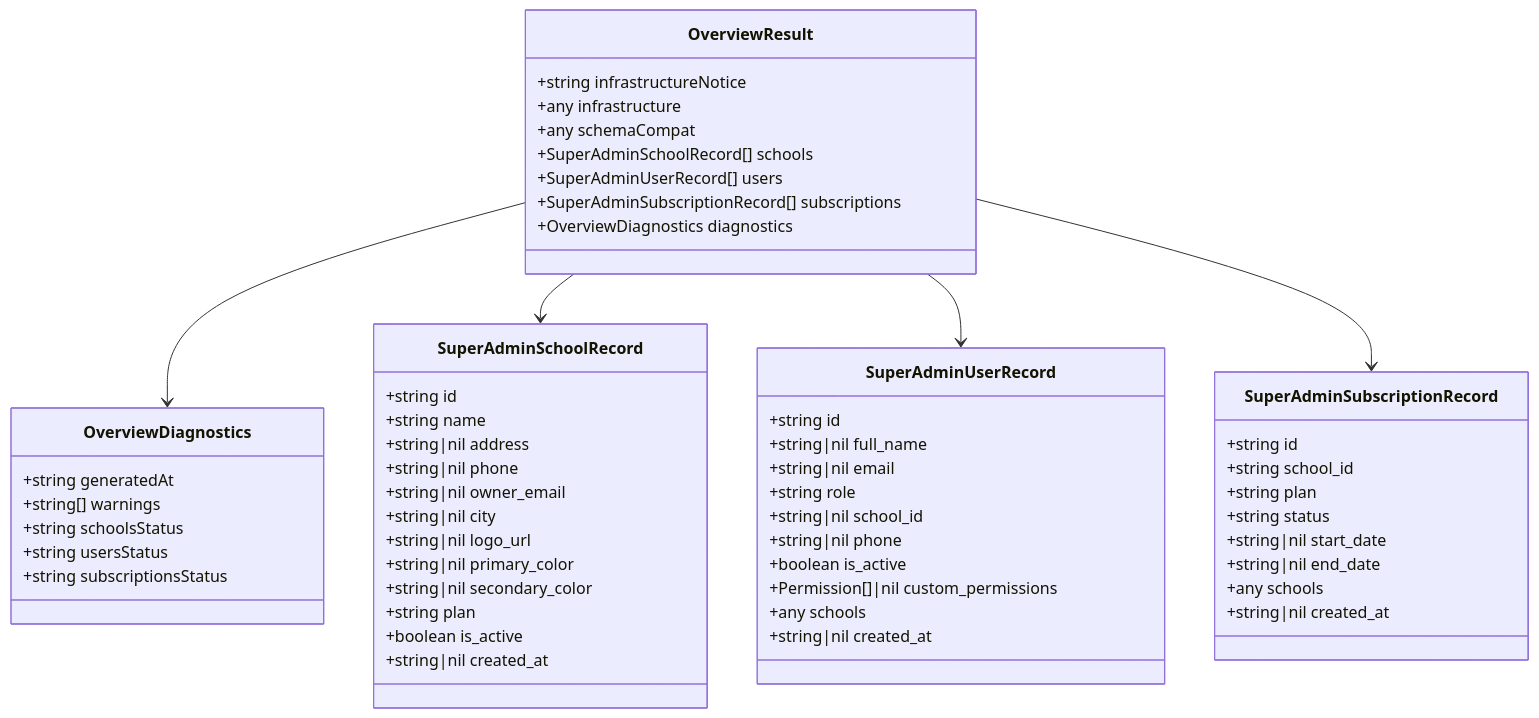
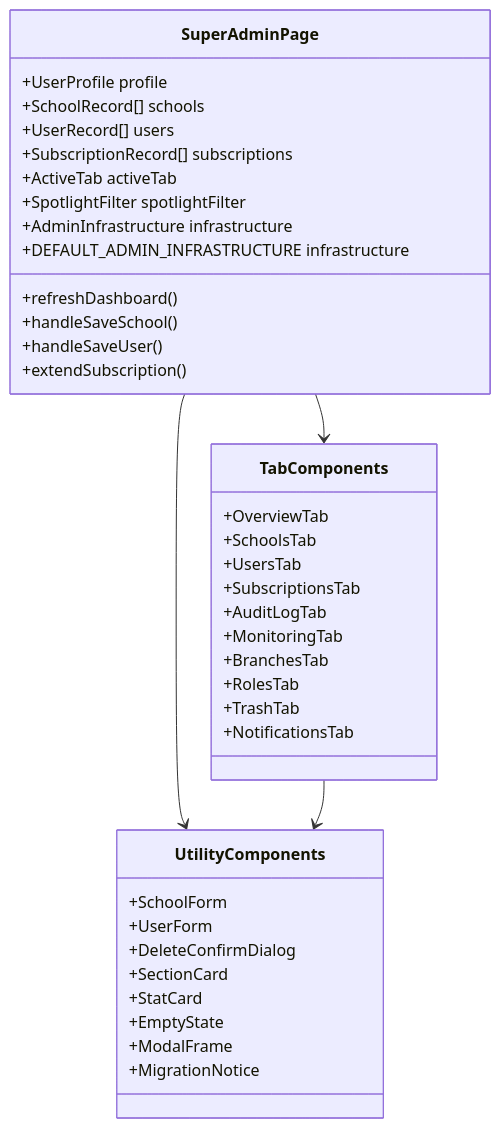
Before and after one commit to mustafaalkusaj/appschoolmustafa2002: the third of 5 diagrams in .qoder/repowiki/en/content/Multi-Tenant Management/Super Admin Functionality.md, drawn with Mermaid. The commit also changed other lines of this file and 85 other files, not shown here.

````diff
--- a/.qoder/repowiki/en/content/Multi-Tenant Management/Super Admin Functionality.md
+++ b/.qoder/repowiki/en/content/Multi-Tenant Management/Super Admin Functionality.md
@@ -165,59 +183,42 @@
 ```mermaid
 classDiagram
-class OverviewDiagnostics {
-+string generatedAt
-+string[] warnings
-+string schoolsStatus
-+string usersStatus
-+string subscriptionsStatus
+class SuperAdminPage {
++UserProfile profile
++SchoolRecord[] schools
++UserRecord[] users
++SubscriptionRecord[] subscriptions
++ActiveTab activeTab
++SpotlightFilter spotlightFilter
++AdminInfrastructure infrastructure
++DEFAULT_ADMIN_INFRASTRUCTURE infrastructure
++refreshDashboard()
++handleSaveSchool()
++handleSaveUser()
++extendSubscription()
 }
-class OverviewResult {
-+string infrastructureNotice
-+any infrastructure
-+any schemaCompat
-+SuperAdminSchoolRecord[] schools
-+SuperAdminUserRecord[] users
-+SuperAdminSubscriptionRecord[] subscriptions
-+OverviewDiagnostics diagnostics
+class TabComponents {
++OverviewTab
++SchoolsTab
++UsersTab
++SubscriptionsTab
++AuditLogTab
++MonitoringTab
++BranchesTab
++RolesTab
++TrashTab
++NotificationsTab
 }
-class SuperAdminSchoolRecord {
-+string id
-+string name
-+string|nil address
-+string|nil phone
-+string|nil owner_email
-+string|nil city
-+string|nil logo_url
-+string|nil primary_color
-+string|nil secondary_color
-+string plan
-+boolean is_active
-+string|nil created_at
+class UtilityComponents {
++SchoolForm
++UserForm
++DeleteConfirmDialog
++SectionCard
++StatCard
++EmptyState
++ModalFrame
++MigrationNotice
 }
-class SuperAdminUserRecord {
-+string id
-+string|nil full_name
-+string|nil email
-+string role
-+string|nil school_id
-+string|nil phone
-+boolean is_active
-+Permission[]|nil custom_permissions
-+any schools
-+string|nil created_at
-}
-class SuperAdminSubscriptionRecord {
-+string id
-+string school_id
-+string plan
-+string status
-+string|nil start_date
-+string|nil end_date
-+any schools
-+string|nil created_at
-}
-OverviewResult --> OverviewDiagnostics
-OverviewResult --> SuperAdminSchoolRecord
-OverviewResult --> SuperAdminUserRecord
-OverviewResult --> SuperAdminSubscriptionRecord
+SuperAdminPage --> TabComponents
+SuperAdminPage --> UtilityComponents
+TabComponents --> UtilityComponents
 ```
````
